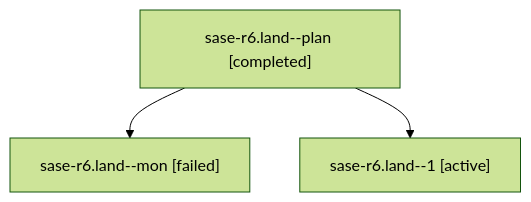
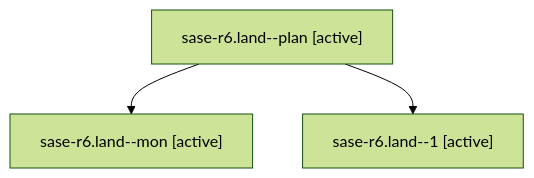
The diagram in families/bbugyi200.athena.sase-r6.land.md (sase-org/sase--agents), drawn with Mermaid (forest theme) before and after one commit. The commit also changed other lines of this file and 35830 other files, not shown here.

````diff
--- a/families/bbugyi200.athena.sase-r6.land.md
+++ b/families/bbugyi200.athena.sase-r6.land.md
@@ -9,8 +9,8 @@
 ```mermaid
 flowchart TD
-  n0["sase-r6.land--plan [completed]"]
-  n1["sase-r6.land--mon [failed]"]
+  n0["sase-r6.land--plan [active]"]
+  n1["sase-r6.land--mon [active]"]
   n0 --> n1
   n2["sase-r6.land--1 [active]"]
   n0 --> n2
 ```
````
